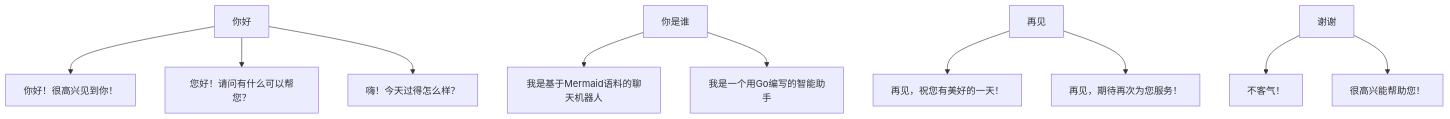
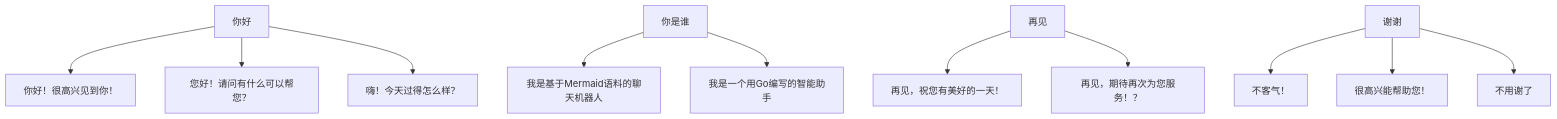
Before and after one commit to yawuliu/mermaid-chatbot: the diagram in corpus/greetings.mmd, drawn with Mermaid. The commit also changed 14 other files, not shown here.

```diff
--- a/corpus/greetings.mmd
+++ b/corpus/greetings.mmd
@@ -1,24 +1,26 @@
 flowchart TD
-    N1["再见，期待再次为您服务！"]
-    N2["不客气！"]
+    N1["不客气！"]
+    N2["不用谢了"]
     N3["你好"]
     N4["你好！很高兴见到你！"]
     N5["你是谁"]
     N6["再见"]
-    N7["再见，祝您有美好的一天！"]
-    N8["嗨！今天过得怎么样？"]
-    N9["很高兴能帮助您！"]
-    N10["您好！请问有什么可以帮您？"]
+    N7["再见，期待再次为您服务！？"]
+    N8["再见，祝您有美好的一天！"]
+    N9["嗨！今天过得怎么样？"]
+    N10["很高兴能帮助您！"]
+    N11["您好！请问有什么可以帮您？"]
     GO["我是一个用Go编写的智能助手"]
     MER["我是基于Mermaid语料的聊天机器人"]
-    N11["谢谢"]
+    N12["谢谢"]
 
+    N6 --> N8
     N6 --> N7
-    N6 --> N1
+    N12 --> N1
+    N12 --> N10
+    N12 --> N2
     N3 --> N4
-    N3 --> N10
-    N3 --> N8
+    N3 --> N11
+    N3 --> N9
     N5 --> MER
     N5 --> GO
-    N11 --> N2
-    N11 --> N9
```
